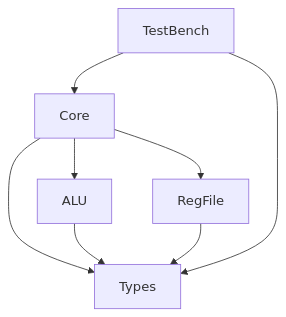
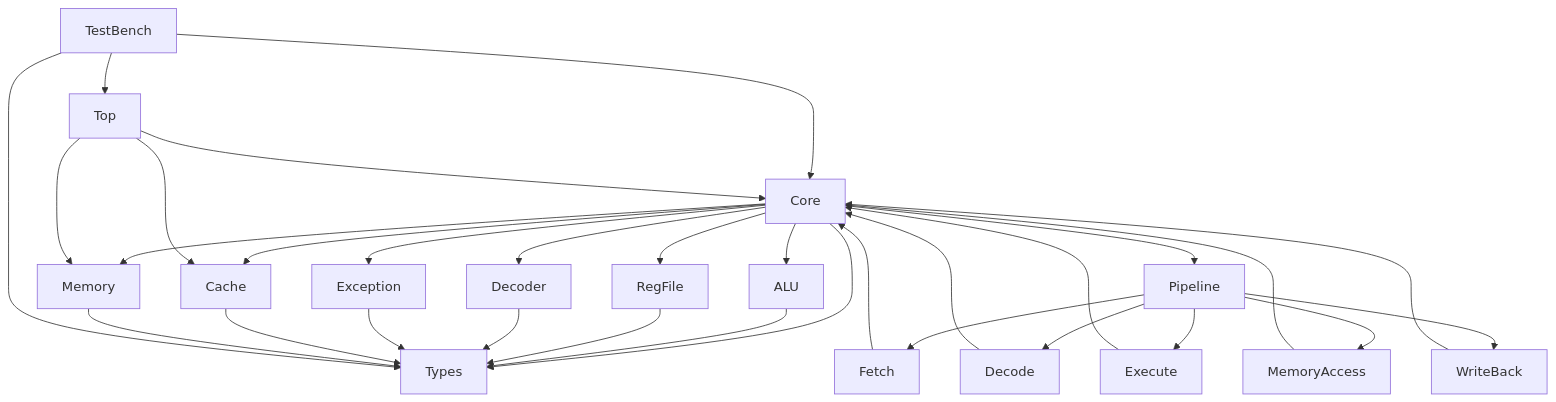
The diagram in README.md (daivy2333/riscv-bsv-processor), drawn with Mermaid before and after one commit. The commit also changed other lines of this file and 20 other files, not shown here.

````diff
--- a/README.md
+++ b/README.md
@@ -34,10 +45,37 @@
 ```mermaid
 graph TD
     A[TestBench] --> B[Core]
     B --> C[ALU]
     B --> D[RegFile]
     B --> E[Types]
+    B --> F[Decoder]
+    B --> G[Exception]
+    B --> H[Cache]
+    B --> I[Memory]
+    
+    J[Pipeline] --> K[Fetch]
+    J --> L[Decode]
+    J --> M[Execute]
+    J --> N[MemoryAccess]
+    J --> O[WriteBack]
+    
+    B --> J
+    K --> B
+    L --> B
+    M --> B
+    N --> B
+    O --> B
+    
     C --> E
     D --> E
+    F --> E
+    G --> E
+    H --> E
+    I --> E
     A --> E
+    
+    P[Top] --> B
+    P --> H
+    P --> I
+    A --> P
 ```
````
